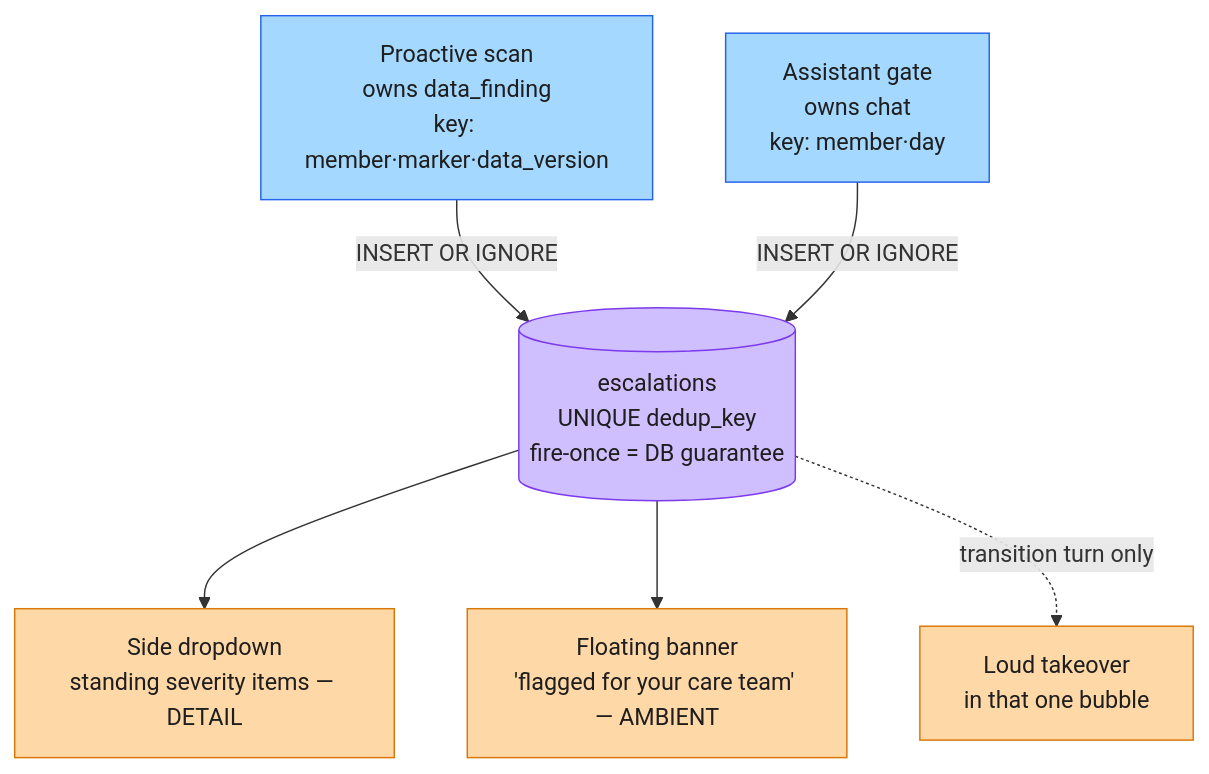
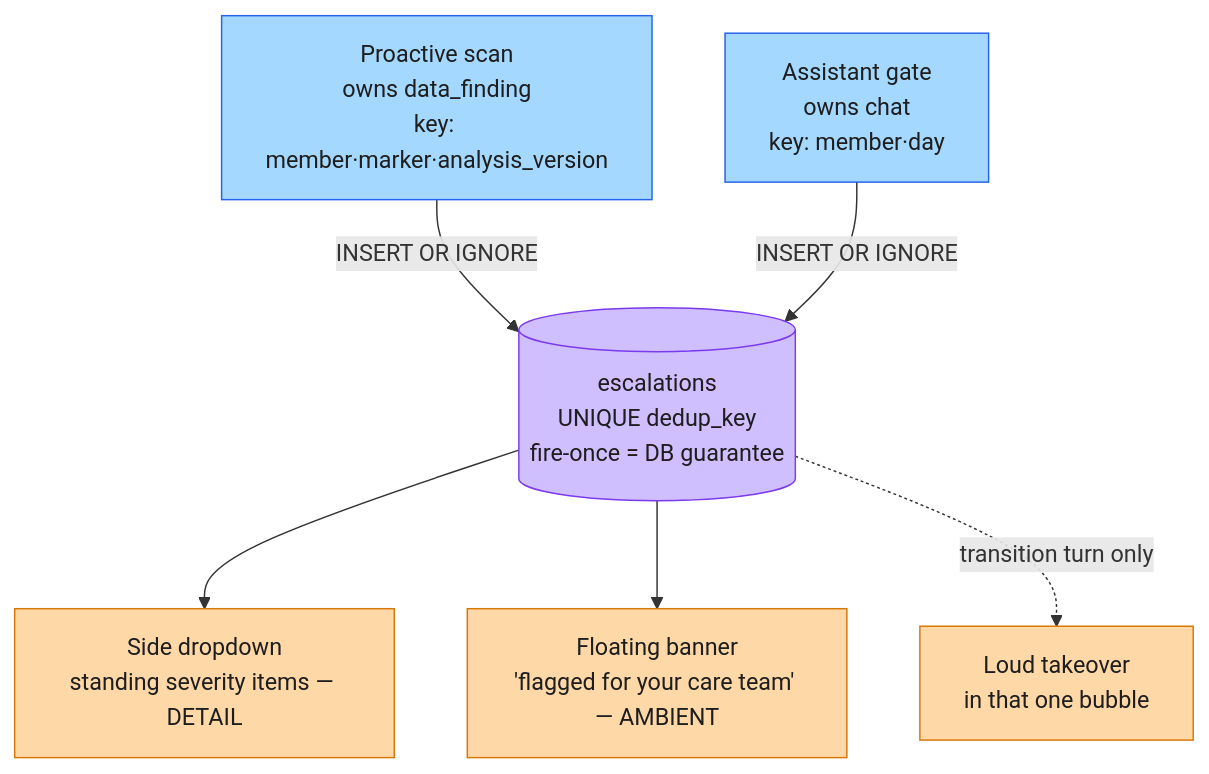
The eighth of 11 diagrams in docs/architecture.md (franalli/health-agent-lab), drawn with Mermaid before and after one commit. The commit also changed other lines of this file and 15 other files, not shown here.

First line of the commit message:
Phase3a: Implement Health Intelligence Service backend with proactive scan functionality

````diff
--- a/docs/architecture.md
+++ b/docs/architecture.md
@@ -327,13 +327,13 @@
 ```mermaid
 flowchart TB
-  scan[Proactive scan<br/>owns data_finding<br/>key: member·marker·data_version]:::det
+  scan[Proactive scan<br/>owns data_finding<br/>key: member·marker·analysis_version]:::det
   gate[Assistant gate<br/>owns chat<br/>key: member·day]:::det
   scan -->|INSERT OR IGNORE| Q[(escalations<br/>UNIQUE dedup_key<br/>fire-once = DB guarantee)]:::store
   gate -->|INSERT OR IGNORE| Q
   Q --> panel[Side dropdown<br/>standing severity items — DETAIL]:::ui
   Q --> banner[Floating banner<br/>'flagged for your care team' — AMBIENT]:::ui
   Q -. transition turn only .-> loud[Loud takeover<br/>in that one bubble]:::ui
   classDef det fill:#a5d8ff,stroke:#2563eb,color:#1e1e1e
   classDef store fill:#d0bfff,stroke:#7c3aed,color:#1e1e1e
   classDef ui fill:#ffd8a8,stroke:#d97706,color:#1e1e1e
 ```
````
